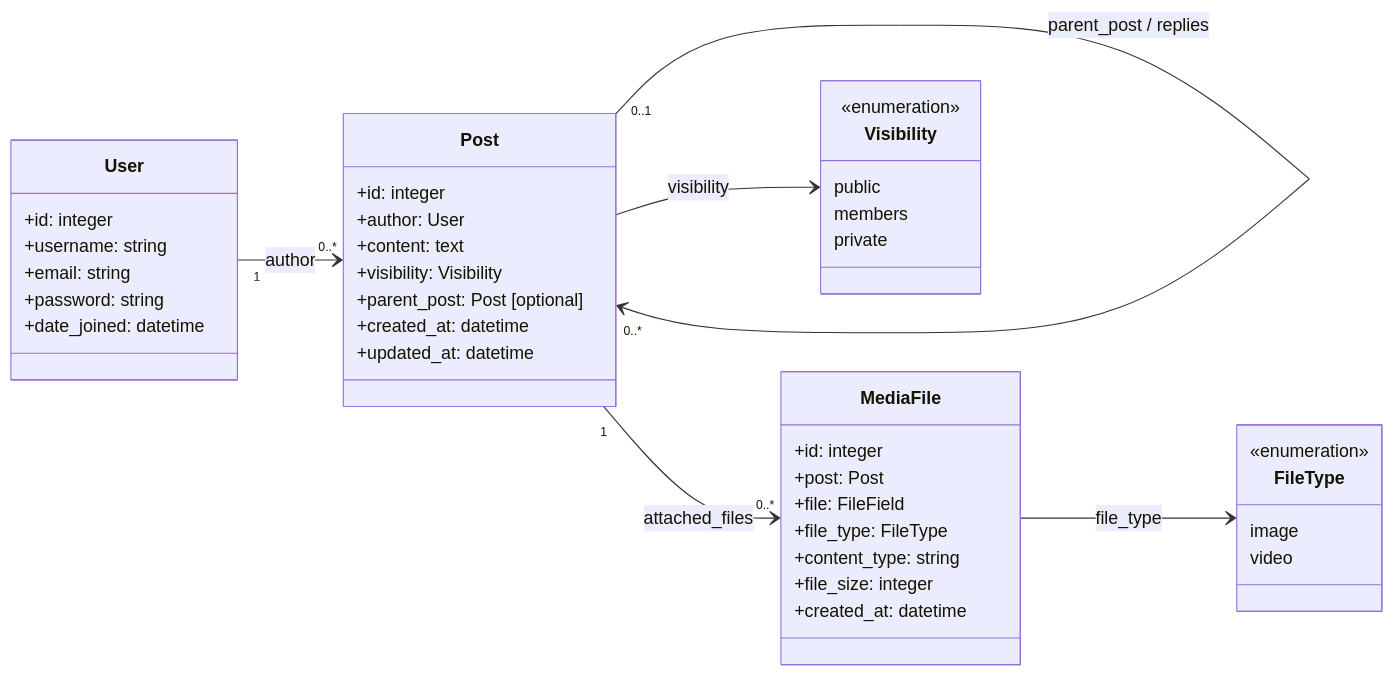
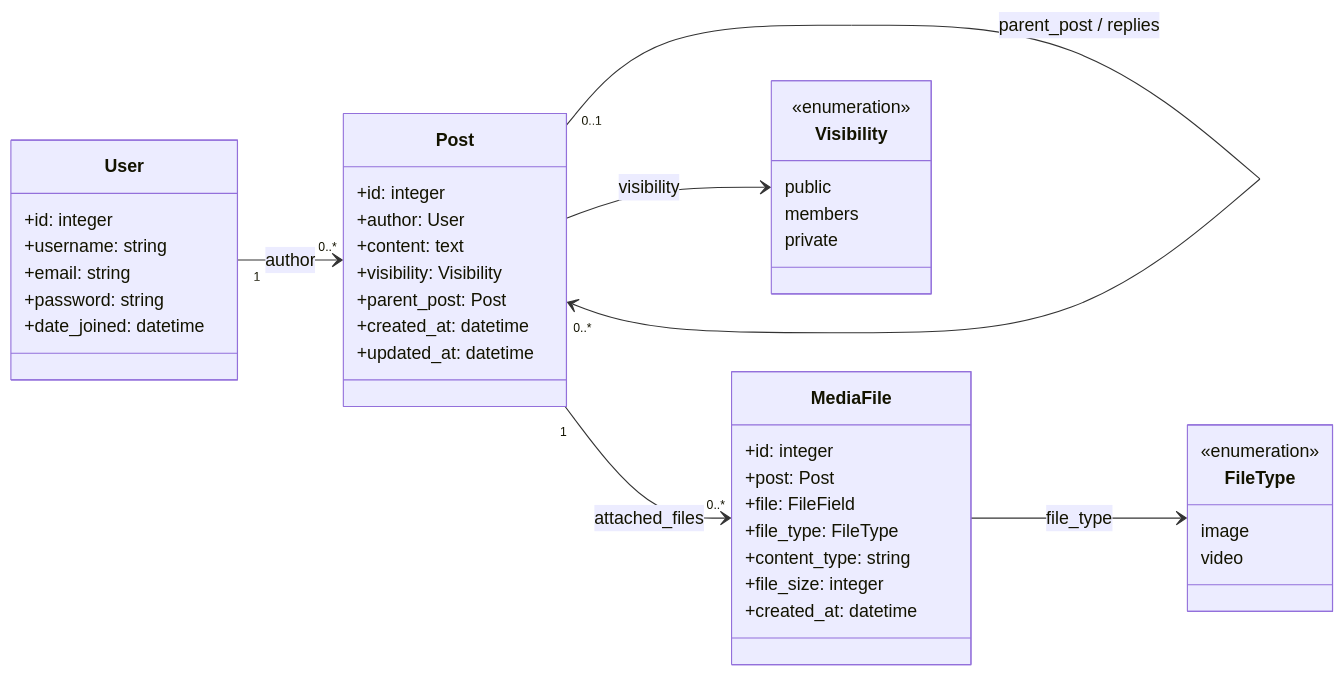
Before and after one commit to IsaacToDv/FraterChrist: the second of 2 diagrams in README.md, drawn with Mermaid.

Commit message:
docs: simplify optional parent reference in UML

```diff
--- a/README.md
+++ b/README.md
@@ -91,51 +91,51 @@
 ~~~mermaid
 classDiagram
     direction LR
 
     class User {
         +id: integer
         +username: string
         +email: string
         +password: string
         +date_joined: datetime
     }
 
     class Post {
         +id: integer
         +author: User
         +content: text
         +visibility: Visibility
-        +parent_post: Post [optional]
+        +parent_post: Post
         +created_at: datetime
         +updated_at: datetime
     }
 
     class MediaFile {
         +id: integer
         +post: Post
         +file: FileField
         +file_type: FileType
         +content_type: string
         +file_size: integer
         +created_at: datetime
     }
 
     class Visibility {
         <<enumeration>>
         public
         members
         private
     }
 
     class FileType {
         <<enumeration>>
         image
         video
     }
 
     User "1" --> "0..*" Post : author
     Post "0..1" --> "0..*" Post : parent_post / replies
     Post "1" --> "0..*" MediaFile : attached_files
     Post --> Visibility : visibility
     MediaFile --> FileType : file_type
 ~~~
```
